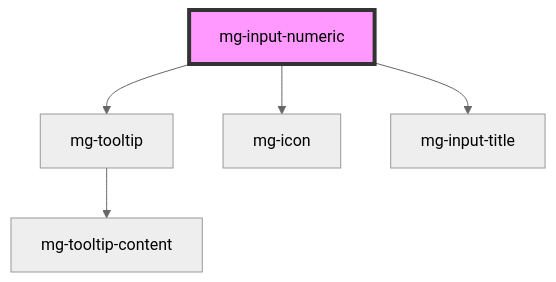
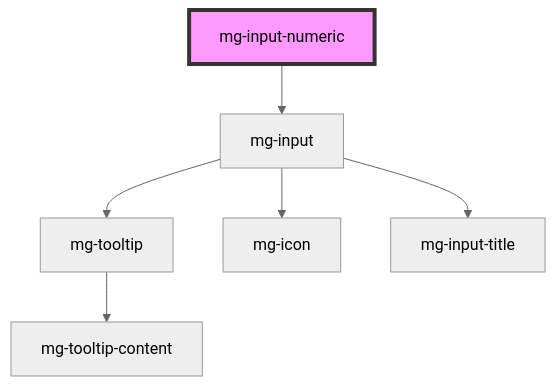
One commit to MGDIS/core-ui changed the diagram in packages/mg-components/src/components/molecules/inputs/mg-input-numeric/readme.md. Above: the diagram before and after it, drawn with Mermaid (neutral theme). The commit also changed other lines of this file and 39 other files, not shown here.

````diff
--- a/packages/mg-components/src/components/molecules/inputs/mg-input-numeric/readme.md
+++ b/packages/mg-components/src/components/molecules/inputs/mg-input-numeric/readme.md
@@ -115,8 +113,9 @@
 ```mermaid
 graph TD;
-  mg-input-numeric --> mg-tooltip
-  mg-input-numeric --> mg-icon
-  mg-input-numeric --> mg-input-title
+  mg-input-numeric --> mg-input
+  mg-input --> mg-tooltip
+  mg-input --> mg-icon
+  mg-input --> mg-input-title
   mg-tooltip --> mg-tooltip-content
   style mg-input-numeric fill:#f9f,stroke:#333,stroke-width:4px
 ```
````
